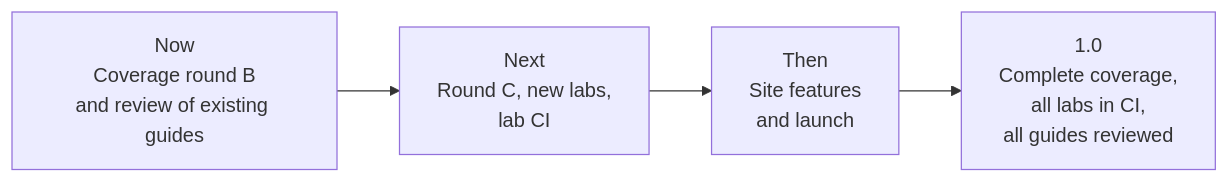
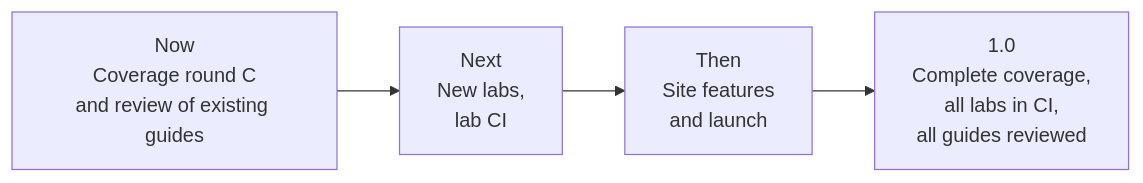
The diagram in docs/roadmap.md (HarshRajSinghania/data-engineering-handbook), drawn with Mermaid before and after one commit. The commit also changed other lines of this file and 21 other files, not shown here.

First line of the commit message:
docs: add coverage round B - Beam/Dataflow, streaming SQL, BI tools, NoSQL and operational stores

````diff
--- a/docs/roadmap.md
+++ b/docs/roadmap.md
@@ -11,6 +11,6 @@
 ```mermaid
 flowchart LR
-    N["Now<br/>Coverage round B<br/>and review of existing guides"] --> A["Next<br/>Round C, new labs,<br/>lab CI"]
+    N["Now<br/>Coverage round C<br/>and review of existing guides"] --> A["Next<br/>New labs,<br/>lab CI"]
     A --> B["Then<br/>Site features<br/>and launch"]
     B --> V["1.0<br/>Complete coverage,<br/>all labs in CI,<br/>all guides reviewed"]
 ```
````
